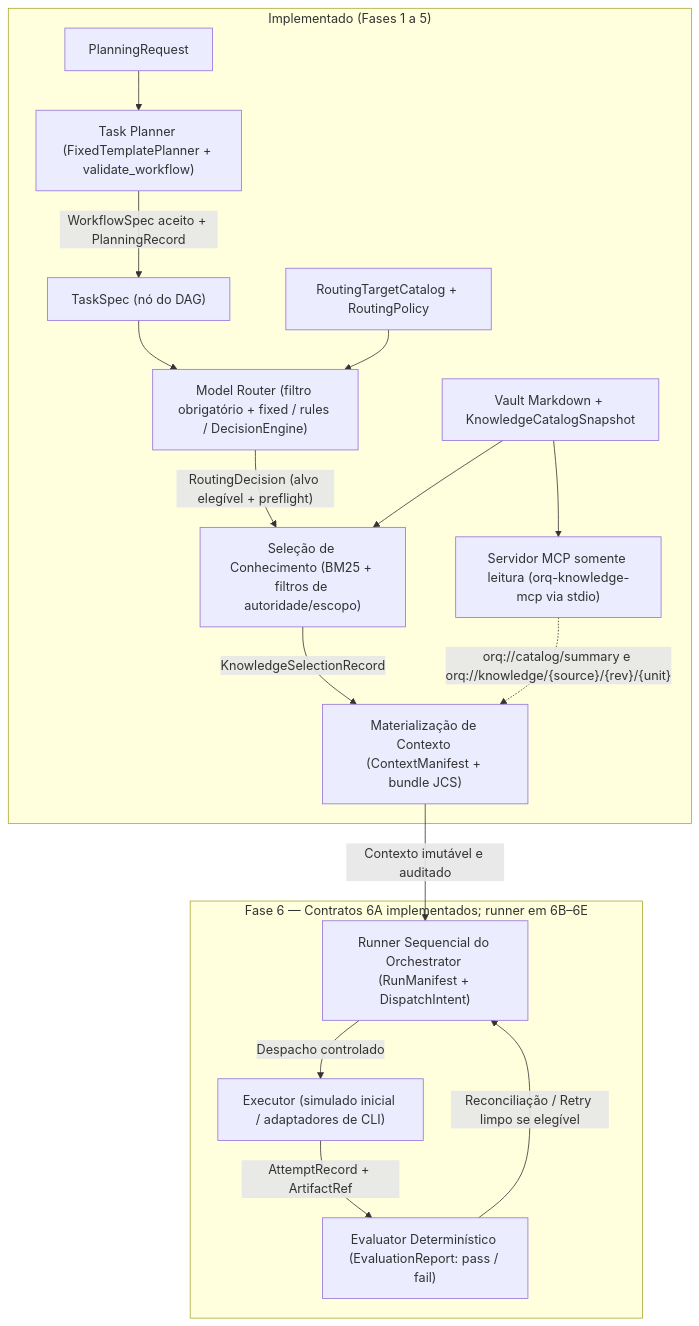
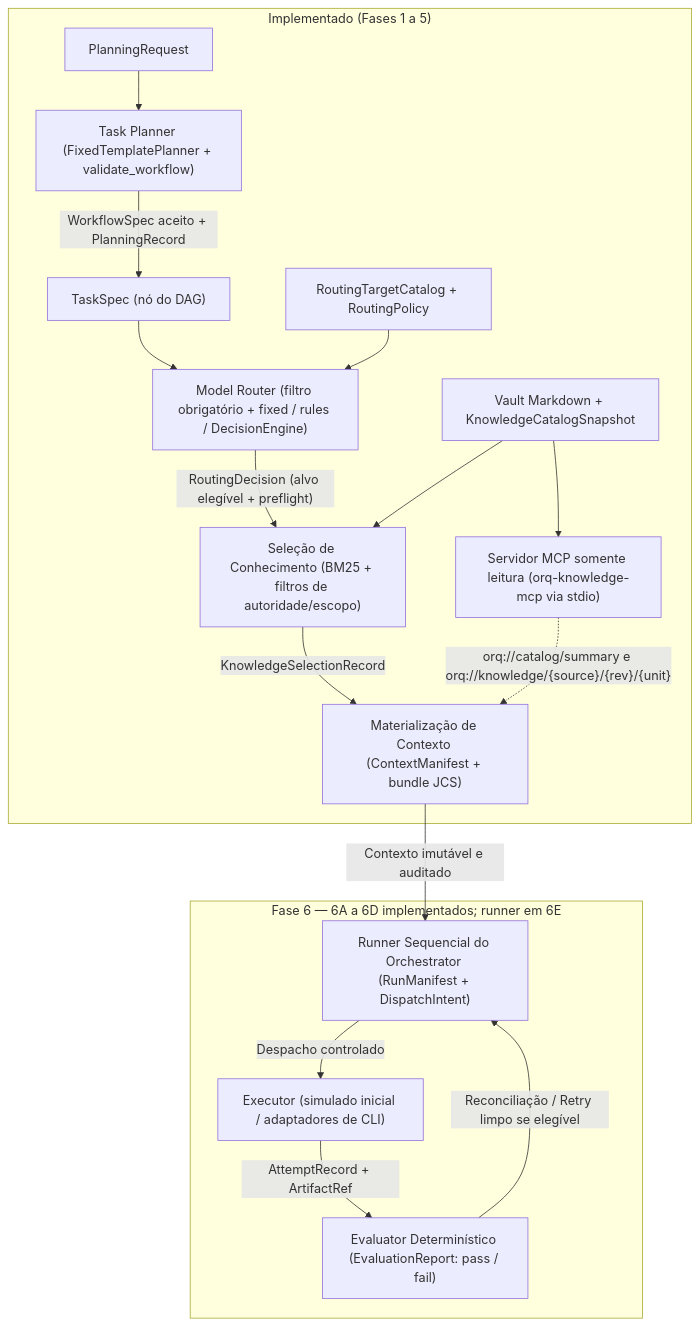
One commit to huguerra1/orq changed the diagram in README.md. Above: the diagram before and after it, drawn with Mermaid. The commit also changed other lines of this file and 18 other files, not shown here.

````diff
--- a/README.md
+++ b/README.md
@@ -36,24 +36,24 @@
 ```mermaid
 flowchart TD
     subgraph Implementado["Implementado (Fases 1 a 5)"]
         PR["PlanningRequest"] --> PLAN["Task Planner (FixedTemplatePlanner + validate_workflow)"]
         PLAN -->|"WorkflowSpec aceito + PlanningRecord"| TASK["TaskSpec (nó do DAG)"]
 
         TASK --> ROUTER["Model Router (filtro obrigatório + fixed / rules / DecisionEngine)"]
         CAT_T["RoutingTargetCatalog + RoutingPolicy"] --> ROUTER
         ROUTER -->|"RoutingDecision (alvo elegível + preflight)"| CTX_SEL["Seleção de Conhecimento (BM25 + filtros de autoridade/escopo)"]
 
         VAULT["Vault Markdown + KnowledgeCatalogSnapshot"] --> CTX_SEL
         CTX_SEL -->|"KnowledgeSelectionRecord"| CTX_MAT["Materialização de Contexto (ContextManifest + bundle JCS)"]
 
         VAULT --> MCP["Servidor MCP somente leitura (orq-knowledge-mcp via stdio)"]
         MCP -.->|"orq://catalog/summary e orq://knowledge/{source}/{rev}/{unit}"| CTX_MAT
     end
 
-    subgraph Fase6["Fase 6 — Contratos 6A implementados; runner em 6B–6E"]
+    subgraph Fase6["Fase 6 — 6A a 6D implementados; runner em 6E"]
         CTX_MAT -->|"Contexto imutável e auditado"| RUNNER["Runner Sequencial do Orchestrator (RunManifest + DispatchIntent)"]
         RUNNER -->|"Despacho controlado"| EXEC["Executor (simulado inicial / adaptadores de CLI)"]
         EXEC -->|"AttemptRecord + ArtifactRef"| EVAL["Evaluator Determinístico (EvaluationReport: pass / fail)"]
         EVAL -->|"Reconciliação / Retry limpo se elegível"| RUNNER
     end
 ```
````
